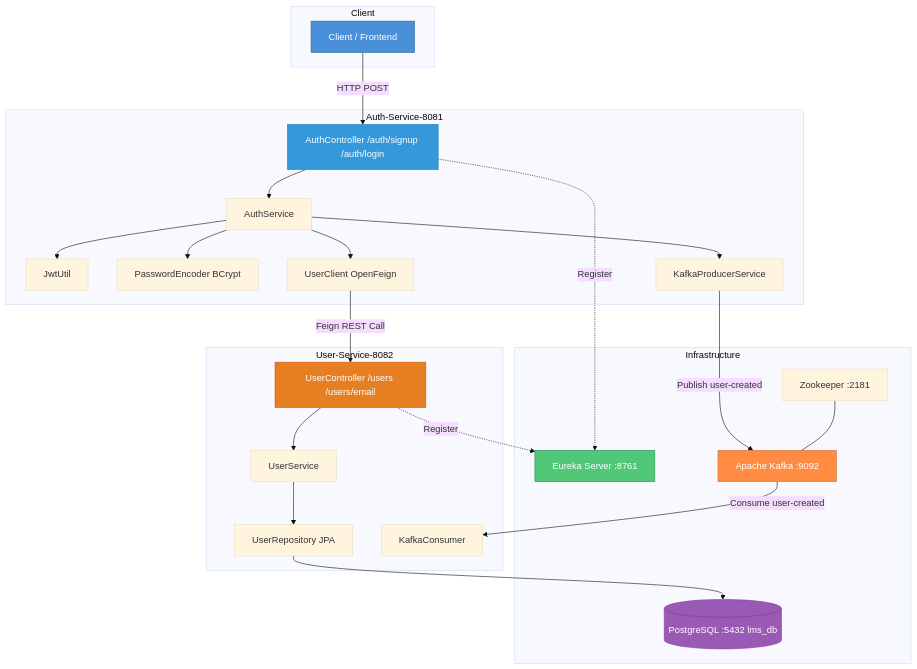
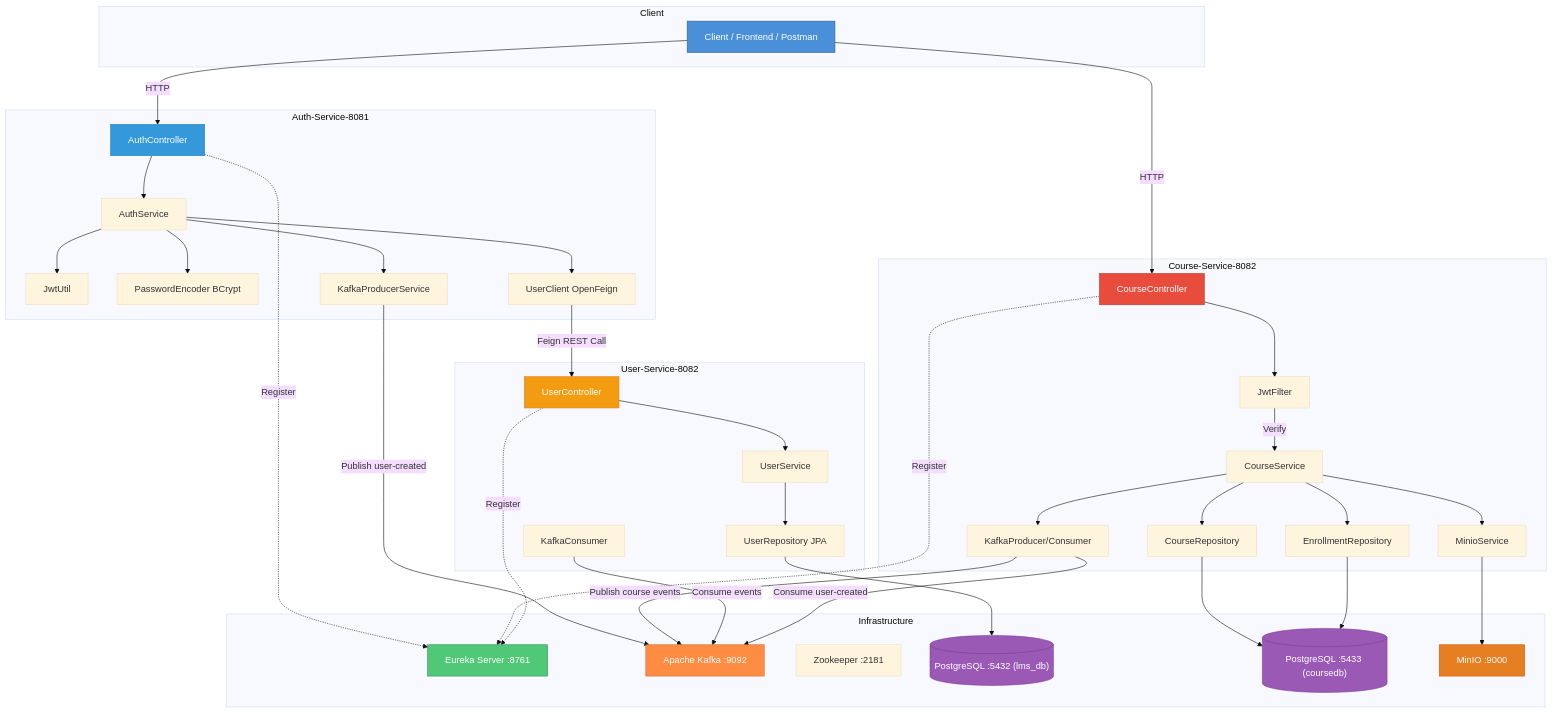
One commit to arpondark/microservice-lms-system-springboot changed the first of 8 diagrams in Readme.md. Above: the diagram before and after it, drawn with Mermaid (base theme). The commit also changed other lines of this file and 7 other files, not shown here.

````diff
--- a/Readme.md
+++ b/Readme.md
@@ -37,55 +40,85 @@
 ```mermaid
 graph TB
     subgraph Client
-        C["Client / Frontend"]
+        C["Client / Frontend / Postman"]
     end
 
     subgraph Infrastructure
         EU["Eureka Server :8761"]
         KF["Apache Kafka :9092"]
         ZK["Zookeeper :2181"]
-        DB[("PostgreSQL :5432 lms_db")]
+        DB[("PostgreSQL :5432 (lms_db)")]
+        CDB[("PostgreSQL :5433 (coursedb)")]
+        MN["MinIO :9000"]
     end
 
     subgraph Auth-Service-8081
-        AC["AuthController /auth/signup /auth/login"]
+        AC["AuthController"]
         AS["AuthService"]
         JW["JwtUtil"]
         PE["PasswordEncoder BCrypt"]
-        KP["KafkaProducerService"]
+        KP1["KafkaProducerService"]
         UC["UserClient OpenFeign"]
     end
 
     subgraph User-Service-8082
-        UCT["UserController /users /users/email"]
+        UCT["UserController"]
         US["UserService"]
         UR["UserRepository JPA"]
-        KC["KafkaConsumer"]
+        KC1["KafkaConsumer"]
     end
 
-    C -->|HTTP POST| AC
+    subgraph Course-Service-8082
+        CC["CourseController"]
+        CS["CourseService"]
+        CK["KafkaProducer/Consumer"]
+        MS["MinioService"]
+        CR["CourseRepository"]
+        ER["EnrollmentRepository"]
+        JF["JwtFilter"]
+    end
+
+    C -->|HTTP| AC
+    C -->|HTTP| CC
+
     AC --> AS
     AS --> JW
     AS --> PE
     AS --> UC
-    AS --> KP
+    AS --> KP1
 
     UC -->|Feign REST Call| UCT
     UCT --> US
     US --> UR
     UR --> DB
 
-    KP -->|Publish user-created| KF
-    KF -->|Consume user-created| KC
-    ZK --- KF
+    CC --> JF
+    JF -->|Verify| CS
+    CS --> CR
+    CS --> ER
+    CS --> MS
+    CS --> CK
+
+    KP1 -->|Publish user-created| KF
+    CK -->|Publish course events| KF
+    KC1 -->|Consume events| KF
+    CK -->|Consume user-created| KF
+
+    CR --> CDB
+    ER --> CDB
+    MS --> MN
 
     AC -.->|Register| EU
+    CC -.->|Register| EU
     UCT -.->|Register| EU
 
     style C fill:#4A90D9,stroke:#2C5F8A,color:#fff
     style EU fill:#50C878,stroke:#2E8B57,color:#fff
     style KF fill:#FF8C42,stroke:#CC6F35,color:#fff
     style DB fill:#9B59B6,stroke:#7D3C98,color:#fff
+    style CDB fill:#9B59B6,stroke:#7D3C98,color:#fff
+    style MN fill:#E67E22,stroke:#D35400,color:#fff
     style AC fill:#3498DB,stroke:#2980B9,color:#fff
-    style UCT fill:#E67E22,stroke:#D35400,color:#fff
+    style CC fill:#E74C3C,stroke:#C0392B,color:#fff
+    style UCT fill:#F39C12,stroke:#E67E22,color:#fff
 ```
````
